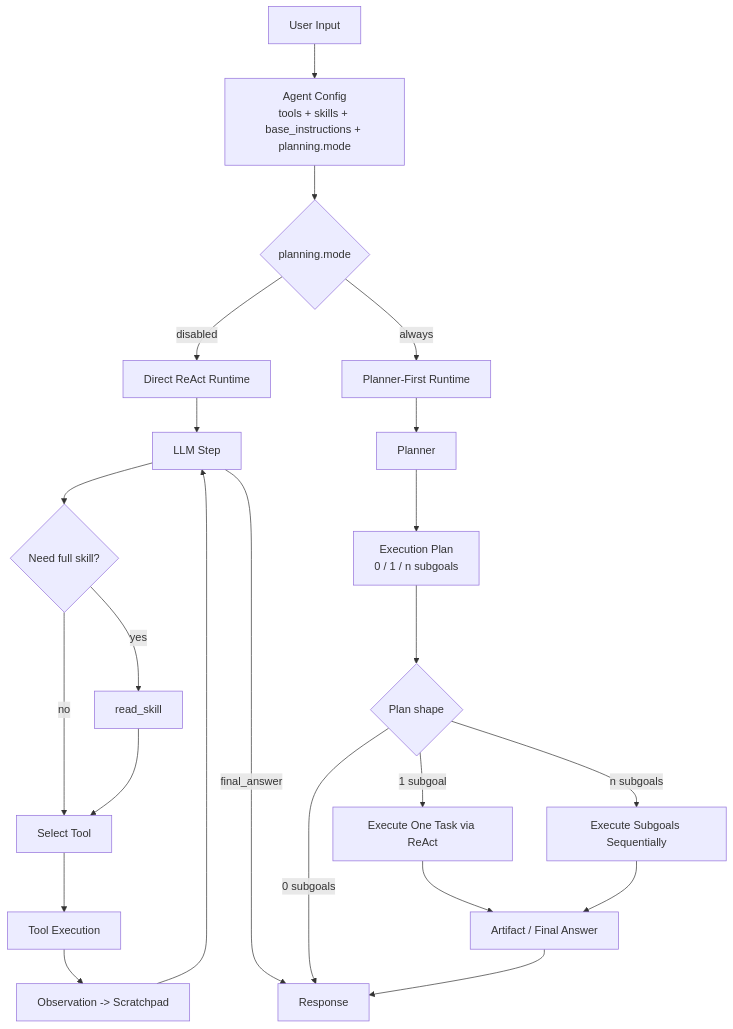
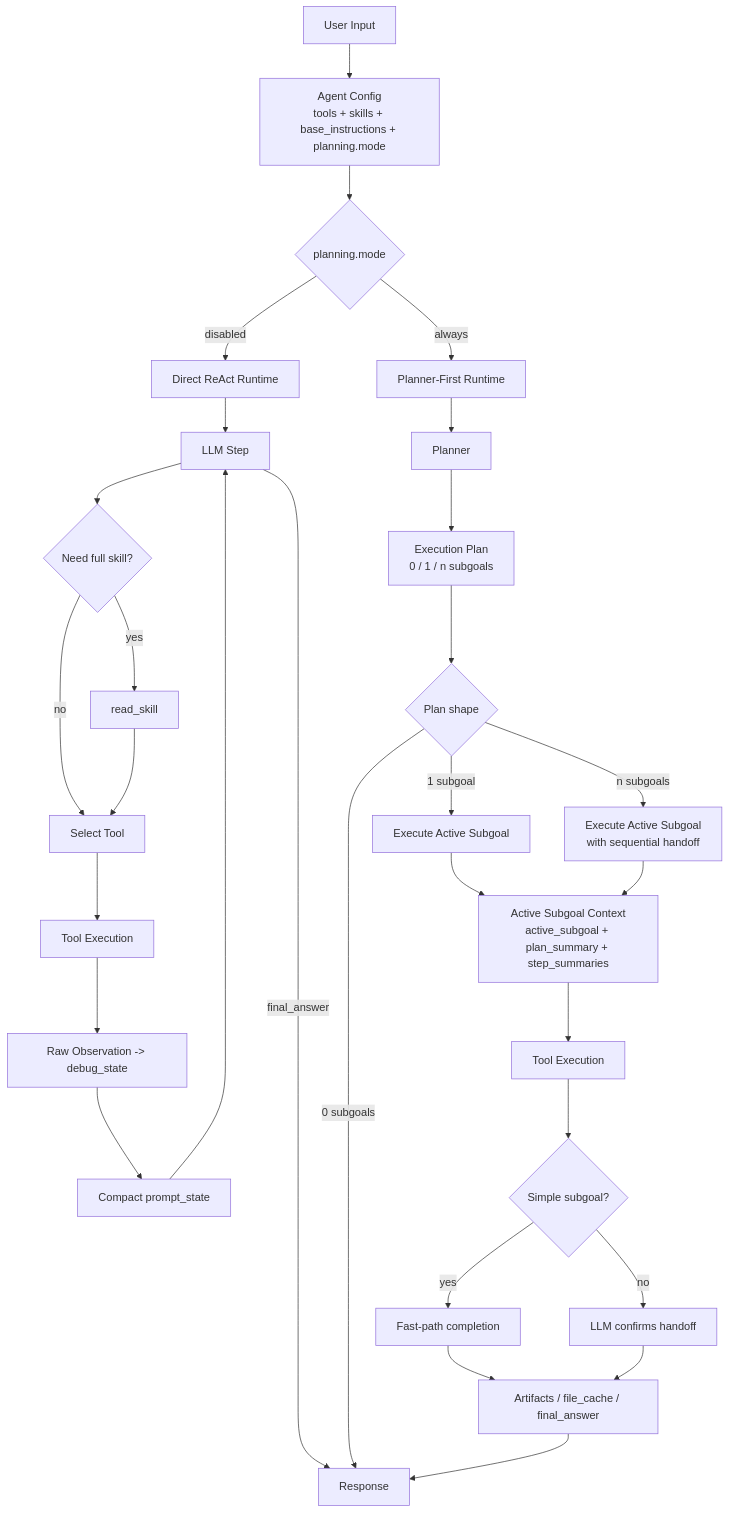
The first of 2 diagrams in README.md (newgpp/agent-claw), drawn with Mermaid before and after one commit. The commit also changed other lines of this file, not shown here.

Commit message:
Refresh README architecture docs

````diff
--- a/README.md
+++ b/README.md
@@ -11,30 +23,37 @@
 ```mermaid
 flowchart TD
     A[User Input] --> B[Agent Config<br/>tools + skills + base_instructions + planning.mode]
     B --> C{planning.mode}
 
     C -->|disabled| D[Direct ReAct Runtime]
     C -->|always| E[Planner-First Runtime]
 
     D --> F[LLM Step]
     F --> G{Need full skill?}
     G -->|yes| H[read_skill]
     G -->|no| I[Select Tool]
     H --> I
     I --> J[Tool Execution]
-    J --> K[Observation -> Scratchpad]
-    K --> F
-    F -->|final_answer| L[Response]
+    J --> K[Raw Observation -> debug_state]
+    K --> L[Compact prompt_state]
+    L --> F
+    F -->|final_answer| X[Response]
 
     E --> M[Planner]
     M --> N[Execution Plan<br/>0 / 1 / n subgoals]
     N --> O{Plan shape}
 
-    O -->|0 subgoals| L
-    O -->|1 subgoal| P[Execute One Task via ReAct]
-    O -->|n subgoals| Q[Execute Subgoals Sequentially]
+    O -->|0 subgoals| X
+    O -->|1 subgoal| P[Execute Active Subgoal]
+    O -->|n subgoals| Q[Execute Active Subgoal<br/>with sequential handoff]
 
-    P --> R[Artifact / Final Answer]
+    P --> R[Active Subgoal Context<br/>active_subgoal + plan_summary + step_summaries]
     Q --> R
-    R --> L
+    R --> S[Tool Execution]
+    S --> T{Simple subgoal?}
+    T -->|yes| U[Fast-path completion]
+    T -->|no| V[LLM confirms handoff]
+    U --> W[Artifacts / file_cache / final_answer]
+    V --> W
+    W --> X
 ```
````
